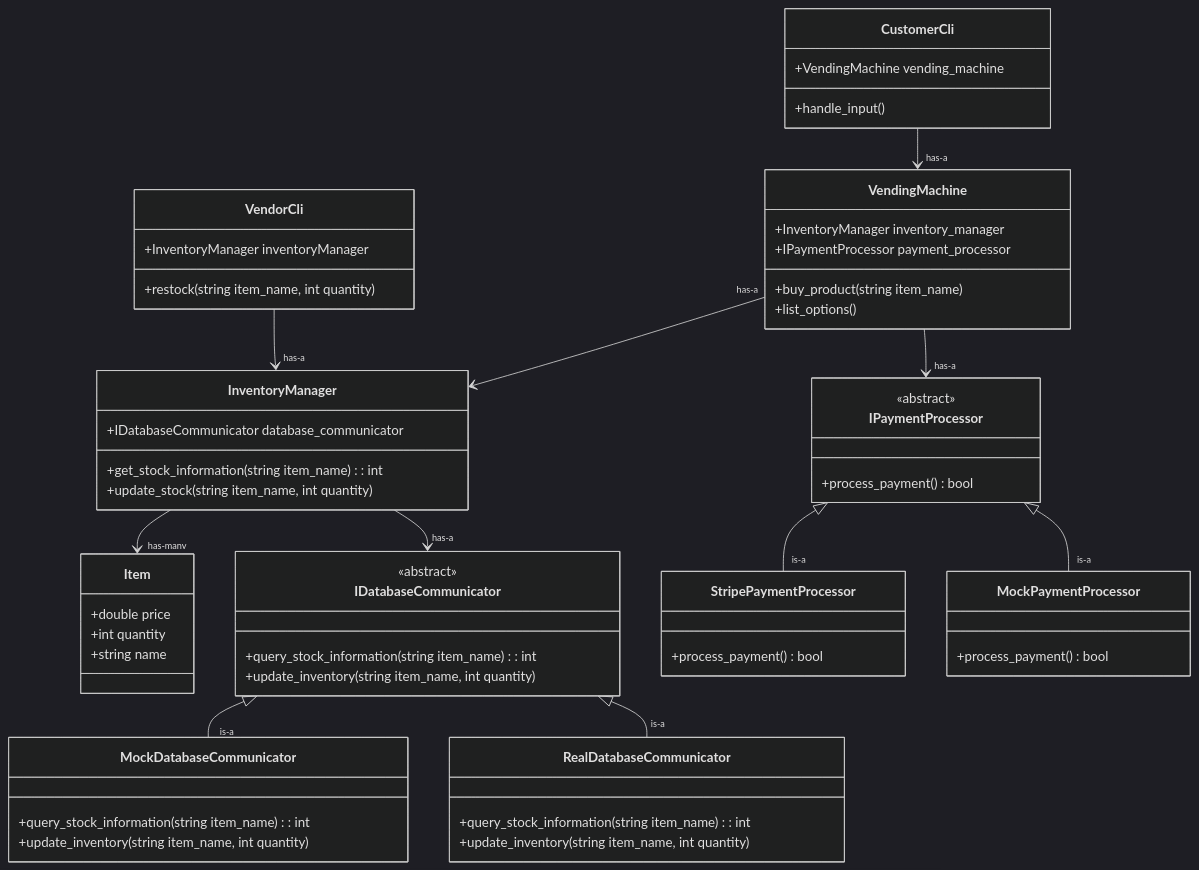
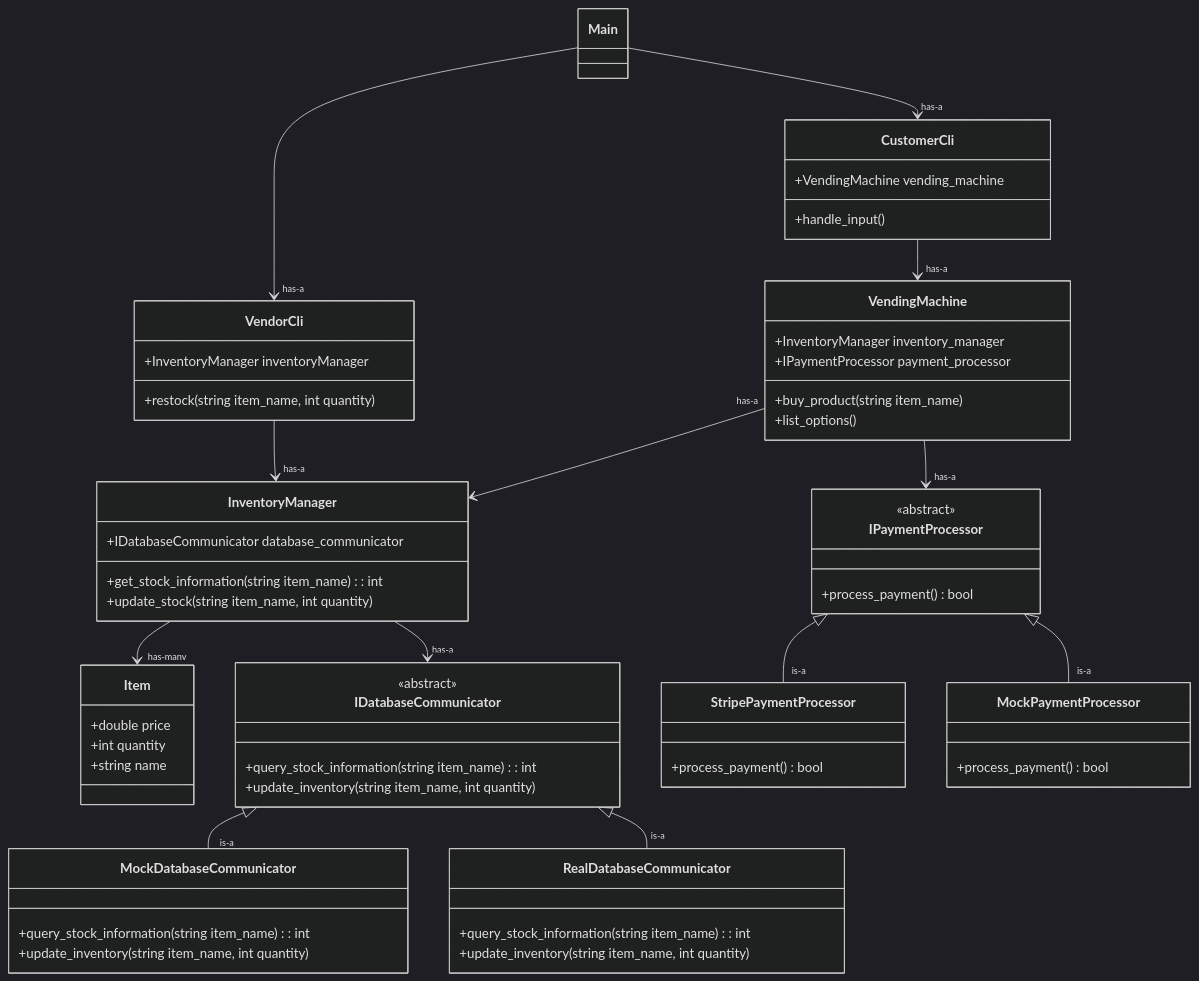
Before and after one commit to MrPotato53/Vending-Machine: the diagram in docs/architecture.md, drawn with Mermaid (dark theme). The commit also changed other lines of this file, not shown here.

Commit message:
Added details on dependency injection and about the Main class that overarches everything

````diff
--- a/docs/architecture.md
+++ b/docs/architecture.md
@@ -37,71 +47,77 @@
 ```mermaid
 classDiagram
+    class Main {
+
+    }
+
     class VendingMachine {
         +InventoryManager inventory_manager
         +IPaymentProcessor payment_processor
         +buy_product(string item_name)
         +list_options()
     }
 
     class InventoryManager {
         +IDatabaseCommunicator database_communicator
         +get_stock_information(string item_name) : int
         +update_stock(string item_name, int quantity)
     }
     
     class Item {
         +double price
         +int quantity
         +string name
     }
 
     class IDatabaseCommunicator {
         <<abstract>>
         +query_stock_information(string item_name) : int
         +update_inventory(string item_name, int quantity)
     }
 
     class MockDatabaseCommunicator {
         +query_stock_information(string item_name) : int
         +update_inventory(string item_name, int quantity)
     }
 
     class RealDatabaseCommunicator {
         +query_stock_information(string item_name) : int
         +update_inventory(string item_name, int quantity)
     }
 
     class CustomerCli {
         +VendingMachine vending_machine
         +handle_input()
     }
 
     class VendorCli {
         +InventoryManager inventoryManager
         +restock(string item_name, int quantity)
     }
 
     class IPaymentProcessor {
         <<abstract>>
         +process_payment() bool
     }
 
     class StripePaymentProcessor {
         +process_payment() bool
     }
 
     class MockPaymentProcessor {
         +process_payment() bool
     }
 
+    Main --> "has-a" CustomerCli
+    Main --> "has-a" VendorCli
     VendingMachine "has-a" --> InventoryManager
     VendorCli --> "has-a" InventoryManager
     InventoryManager --> "has-a" IDatabaseCommunicator
     InventoryManager --> "has-many" Item
     IDatabaseCommunicator <|-- "is-a" MockDatabaseCommunicator
     IDatabaseCommunicator <|-- "is-a" RealDatabaseCommunicator
     VendingMachine --> "has-a" IPaymentProcessor
     IPaymentProcessor <|-- "is-a" StripePaymentProcessor
     IPaymentProcessor <|-- "is-a" MockPaymentProcessor
     CustomerCli --> "has-a" VendingMachine
 ```
````
